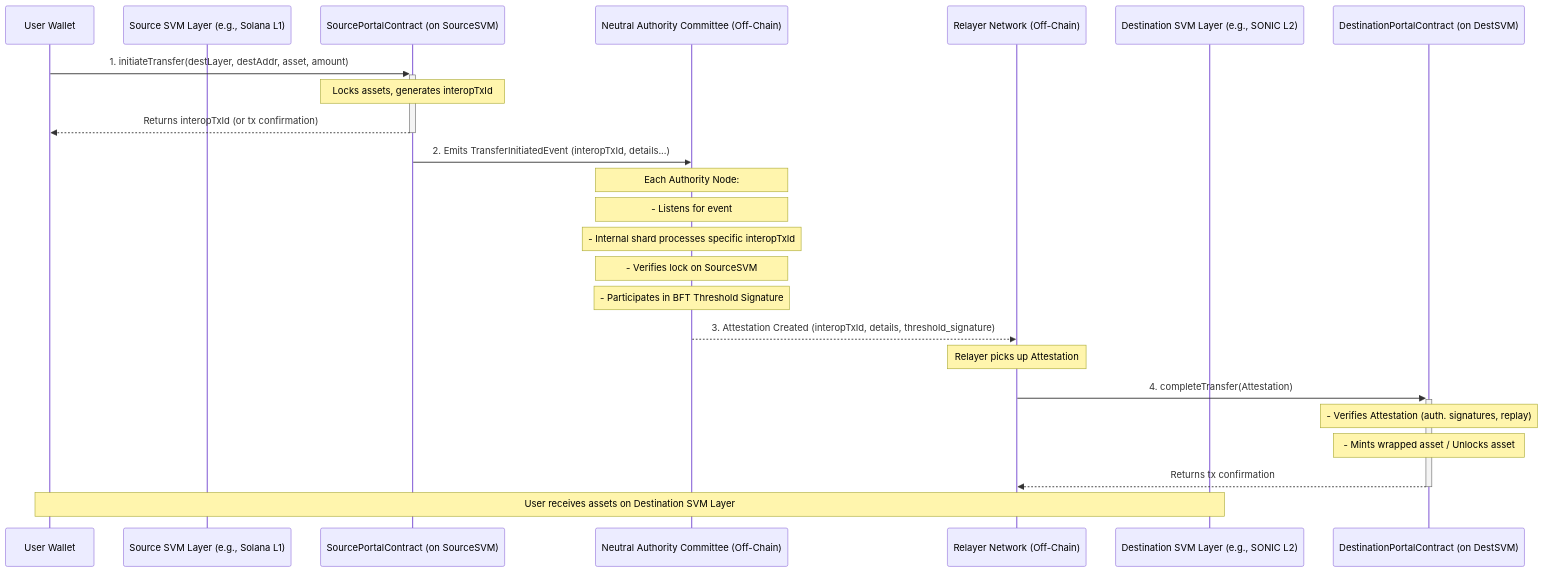
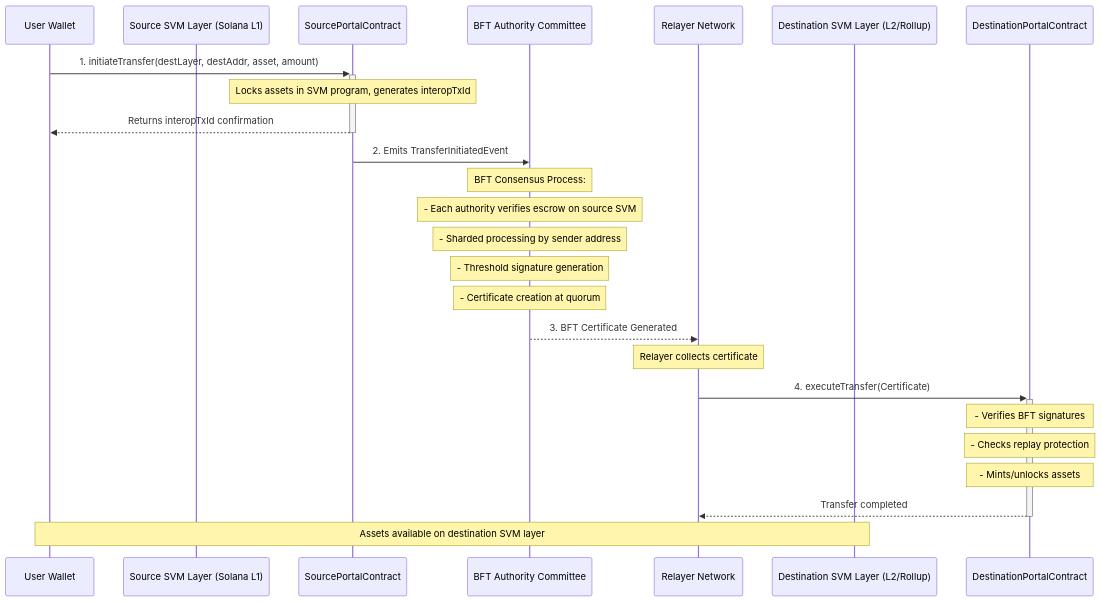
One commit to dorkydhruv/fast-paytube changed the diagram in README.md. Above: the diagram before and after it, drawn with Mermaid. The commit also changed other lines of this file, not shown here.

````diff
--- a/README.md
+++ b/README.md
@@ -1,30 +29,31 @@
 ```mermaid
 sequenceDiagram
     participant UserWallet as User Wallet
-    participant SourceSVM as Source SVM Layer (e.g., Solana L1)
-    participant EscrowContract as SourcePortalContract (on SourceSVM)
-    participant AuthCommittee as Neutral Authority Committee (Off-Chain)
-    participant RelayerNet as Relayer Network (Off-Chain)
-    participant DestSVM as Destination SVM Layer (e.g., SONIC L2)
-    participant BridgeContract as DestinationPortalContract (on DestSVM)
+    participant SourceSVM as Source SVM Layer (Solana L1)
+    participant EscrowContract as SourcePortalContract
+    participant AuthCommittee as BFT Authority Committee
+    participant RelayerNet as Relayer Network
+    participant DestSVM as Destination SVM Layer (L2/Rollup)
+    participant BridgeContract as DestinationPortalContract
 
     UserWallet->>+EscrowContract: 1. initiateTransfer(destLayer, destAddr, asset, amount)
-    Note over EscrowContract: Locks assets, generates interopTxId
-    EscrowContract-->>-UserWallet: Returns interopTxId (or tx confirmation)
-    EscrowContract->>AuthCommittee: 2. Emits TransferInitiatedEvent (interopTxId, details...)
+    Note over EscrowContract: Locks assets in SVM program, generates interopTxId
+    EscrowContract-->>-UserWallet: Returns interopTxId confirmation
+    EscrowContract->>AuthCommittee: 2. Emits TransferInitiatedEvent
 
-    Note over AuthCommittee: Each Authority Node:
-    Note over AuthCommittee: - Listens for event
-    Note over AuthCommittee: - Internal shard processes specific interopTxId
-    Note over AuthCommittee: - Verifies lock on SourceSVM
-    Note over AuthCommittee: - Participates in BFT Threshold Signature
+    Note over AuthCommittee: BFT Consensus Process:
+    Note over AuthCommittee: - Each authority verifies escrow on source SVM
+    Note over AuthCommittee: - Sharded processing by sender address
+    Note over AuthCommittee: - Threshold signature generation
+    Note over AuthCommittee: - Certificate creation at quorum
 
-    AuthCommittee-->>RelayerNet: 3. Attestation Created (interopTxId, details, threshold_signature)
-    Note over RelayerNet: Relayer picks up Attestation
+    AuthCommittee-->>RelayerNet: 3. BFT Certificate Generated
+    Note over RelayerNet: Relayer collects certificate
 
-    RelayerNet->>+BridgeContract: 4. completeTransfer(Attestation)
-    Note over BridgeContract: - Verifies Attestation (auth. signatures, replay)
-    Note over BridgeContract: - Mints wrapped asset / Unlocks asset
-    BridgeContract-->>-RelayerNet: Returns tx confirmation
-    Note over UserWallet, DestSVM: User receives assets on Destination SVM Layer
+    RelayerNet->>+BridgeContract: 4. executeTransfer(Certificate)
+    Note over BridgeContract: - Verifies BFT signatures
+    Note over BridgeContract: - Checks replay protection
+    Note over BridgeContract: - Mints/unlocks assets
+    BridgeContract-->>-RelayerNet: Transfer completed
+    Note over UserWallet, DestSVM: Assets available on destination SVM layer
 ```
````
